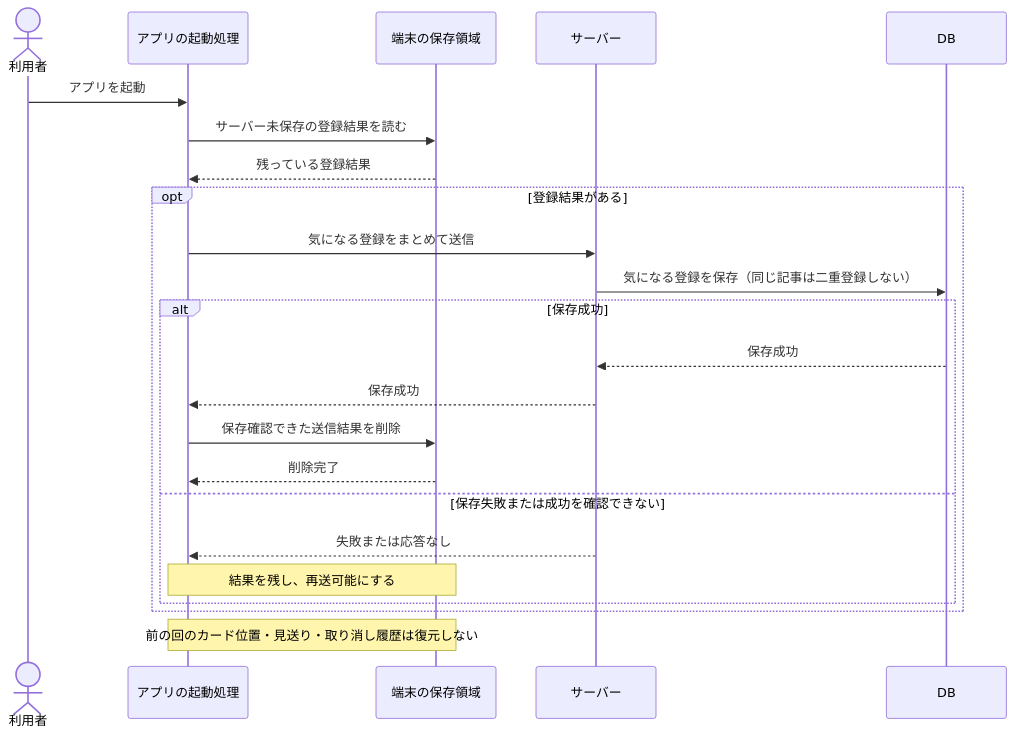
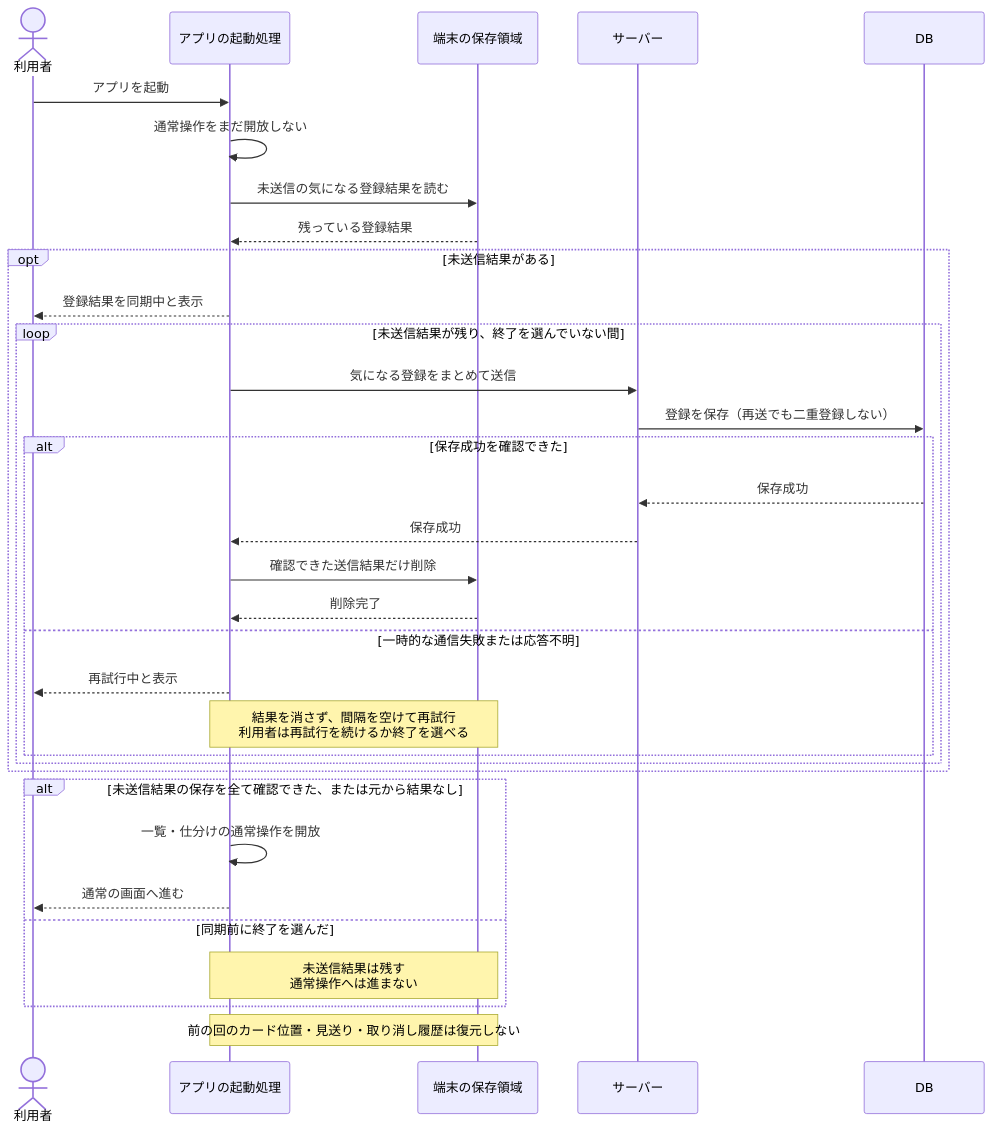
The fourth of 5 diagrams in docs/sequences.md (BeppuKanato/it-discovery), drawn with Mermaid before and after one commit. The commit also changed other lines of this file and 5 other files, not shown here.

Commit message:
docs: add class diagrams and align startup sync and collection rules

````diff
--- a/docs/sequences.md
+++ b/docs/sequences.md
@@ -171,26 +171,37 @@
 ```mermaid
 sequenceDiagram
     actor User as 利用者
     participant App as アプリの起動処理
     participant Local as 端末の保存領域
     participant Server as サーバー
     participant DB as DB
 
     User->>App: アプリを起動
-    App->>Local: サーバー未保存の登録結果を読む
+    App->>App: 通常操作をまだ開放しない
+    App->>Local: 未送信の気になる登録結果を読む
     Local-->>App: 残っている登録結果
-    opt 登録結果がある
-        App->>Server: 気になる登録をまとめて送信
-        Server->>DB: 気になる登録を保存（同じ記事は二重登録しない）
-        alt 保存成功
-            DB-->>Server: 保存成功
-            Server-->>App: 保存成功
-            App->>Local: 保存確認できた送信結果を削除
-            Local-->>App: 削除完了
-        else 保存失敗または成功を確認できない
-            Server-->>App: 失敗または応答なし
-            Note over App,Local: 結果を残し、再送可能にする
+
+    opt 未送信結果がある
+        App-->>User: 登録結果を同期中と表示
+        loop 未送信結果が残り、終了を選んでいない間
+            App->>Server: 気になる登録をまとめて送信
+            Server->>DB: 登録を保存（再送でも二重登録しない）
+            alt 保存成功を確認できた
+                DB-->>Server: 保存成功
+                Server-->>App: 保存成功
+                App->>Local: 確認できた送信結果だけ削除
+                Local-->>App: 削除完了
+            else 一時的な通信失敗または応答不明
+                App-->>User: 再試行中と表示
+                Note over App,Local: 結果を消さず、間隔を空けて再試行<br/>利用者は再試行を続けるか終了を選べる
+            end
         end
+    end
+    alt 未送信結果の保存を全て確認できた、または元から結果なし
+        App->>App: 一覧・仕分けの通常操作を開放
+        App-->>User: 通常の画面へ進む
+    else 同期前に終了を選んだ
+        Note over App,Local: 未送信結果は残す<br/>通常操作へは進まない
     end
     Note over App,Local: 前の回のカード位置・見送り・取り消し履歴は復元しない
 ```
````
